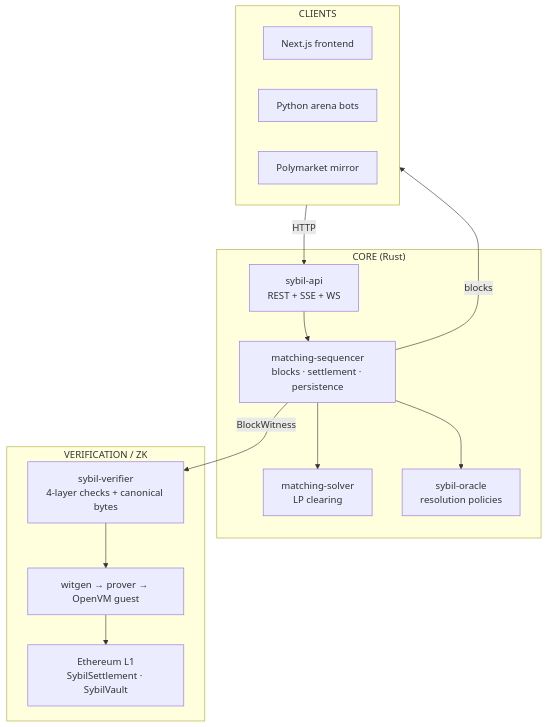
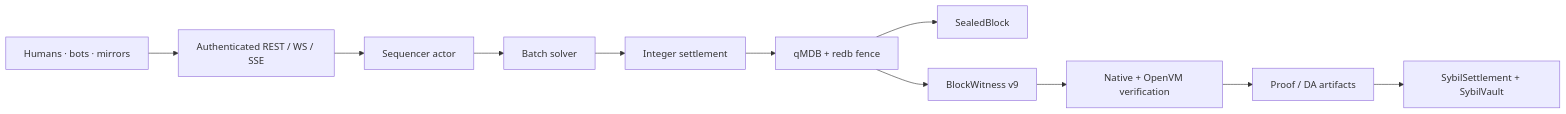
One commit to MetaB0y/sybil changed the first of 2 diagrams in docs/SPEC.md. Above: the diagram before and after it, drawn with Mermaid. The commit also changed other lines of this file and 68 other files, not shown here.

Commit message:
docs: overhaul architecture guide and diagrams

````diff
--- a/docs/SPEC.md
+++ b/docs/SPEC.md
@@ -21,25 +21,13 @@
 ```mermaid
-graph TB
-    subgraph clients["CLIENTS"]
-        WEB["Next.js frontend"]
-        BOTS["Python arena bots"]
-        PM["Polymarket mirror"]
-    end
-    subgraph core["CORE (Rust)"]
-        API["sybil-api<br/>REST + SSE + WS"]
-        SEQ["matching-sequencer<br/>blocks · settlement · persistence"]
-        SOLVER["matching-solver<br/>LP clearing"]
-        ORACLE["sybil-oracle<br/>resolution policies"]
-        API --> SEQ --> SOLVER
-        SEQ --> ORACLE
-    end
-    subgraph zk["VERIFICATION / ZK"]
-        VERIFIER["sybil-verifier<br/>4-layer checks + canonical bytes"]
-        PROVER["witgen → prover → OpenVM guest"]
-        L1["Ethereum L1<br/>SybilSettlement · SybilVault"]
-        VERIFIER --> PROVER --> L1
-    end
-    clients -->|HTTP| API
-    SEQ -->|BlockWitness| VERIFIER
-    SEQ -->|blocks| clients
+flowchart LR
+    CLIENT["Humans · bots · mirrors"] --> API["Authenticated REST / WS / SSE"]
+    API --> SEQ["Sequencer actor"]
+    SEQ --> SOLVE["Batch solver"]
+    SOLVE --> SETTLE["Integer settlement"]
+    SETTLE --> STORE["qMDB + redb fence"]
+    STORE --> BLOCK["SealedBlock"]
+    STORE --> WIT["BlockWitness v9"]
+    WIT --> VERIFY["Native + OpenVM verification"]
+    VERIFY --> PROVER["Proof / DA artifacts"]
+    PROVER --> L1["SybilSettlement + SybilVault"]
 ```
````
